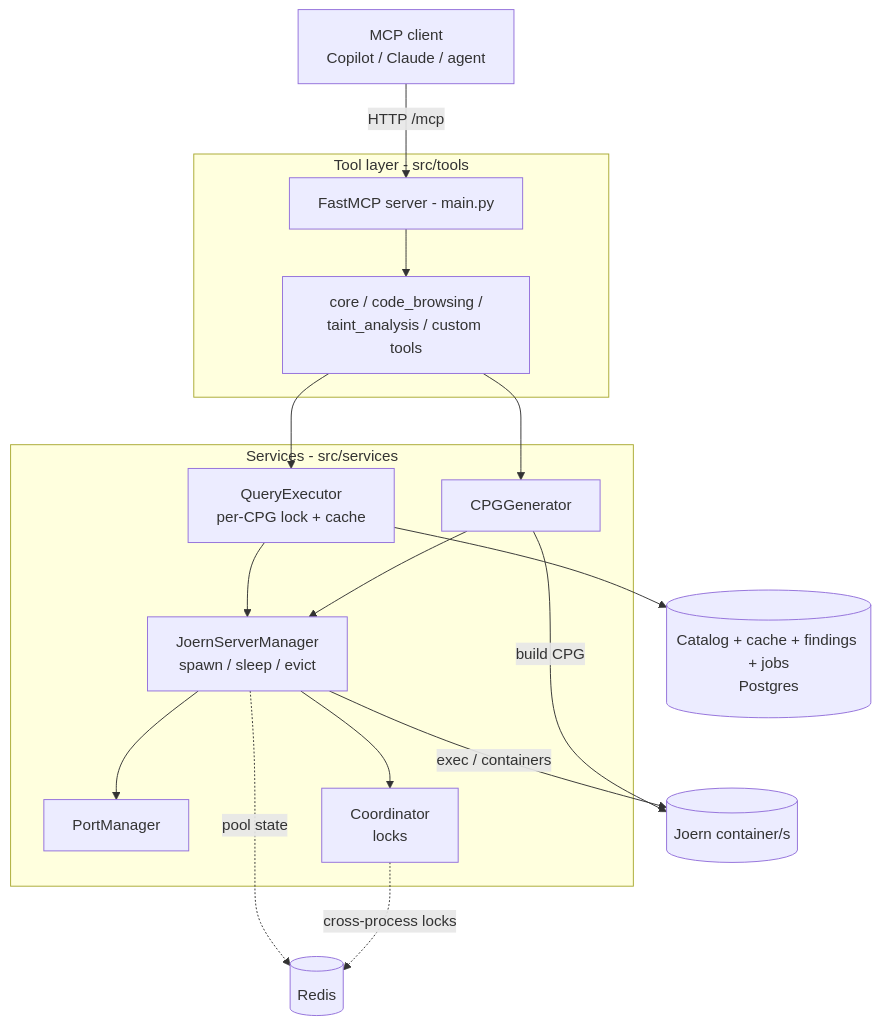
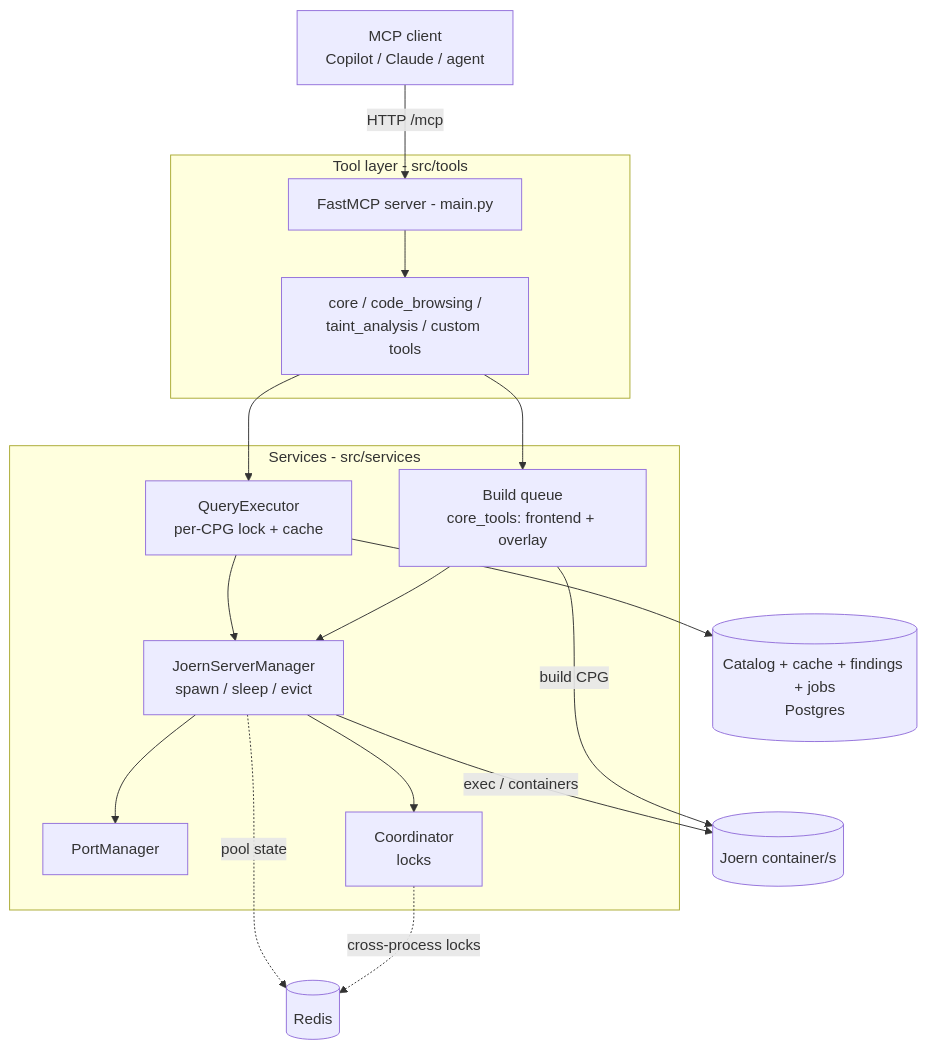
Before and after one commit to qcri/codebadger: the first of 4 diagrams in docs/architecture.md, drawn with Mermaid. The commit also changed other lines of this file and 10 other files, not shown here.

First line of the commit message:
refactor(cpg)!: remove the unused parallel cpggenerator builder class

````diff
--- a/docs/architecture.md
+++ b/docs/architecture.md
@@ -9,23 +9,23 @@
 ```mermaid
 flowchart TB
     Client[MCP client<br/>Copilot / Claude / agent] -->|HTTP /mcp| MCP[FastMCP server - main.py]
 
     subgraph tools[Tool layer - src/tools]
         MCP --> CT[core / code_browsing /<br/>taint_analysis / custom tools]
     end
 
     subgraph svc[Services - src/services]
         CT --> QE[QueryExecutor<br/>per-CPG lock + cache]
-        CT --> CG[CPGGenerator]
+        CT --> BQ[Build queue<br/>core_tools: frontend + overlay]
         QE --> JM[JoernServerManager<br/>spawn / sleep / evict]
-        CG --> JM
+        BQ --> JM
         JM --> PM[PortManager]
         JM --> CO[Coordinator<br/>locks]
     end
 
     JM -->|exec / containers| JC[(Joern container/s)]
-    CG -->|build CPG| JC
+    BQ -->|build CPG| JC
     QE --> STORE[(Catalog + cache + findings + jobs<br/>Postgres)]
     JM -.pool state.-> REDIS[(Redis)]
     CO -.cross-process locks.-> REDIS
 ```
````
